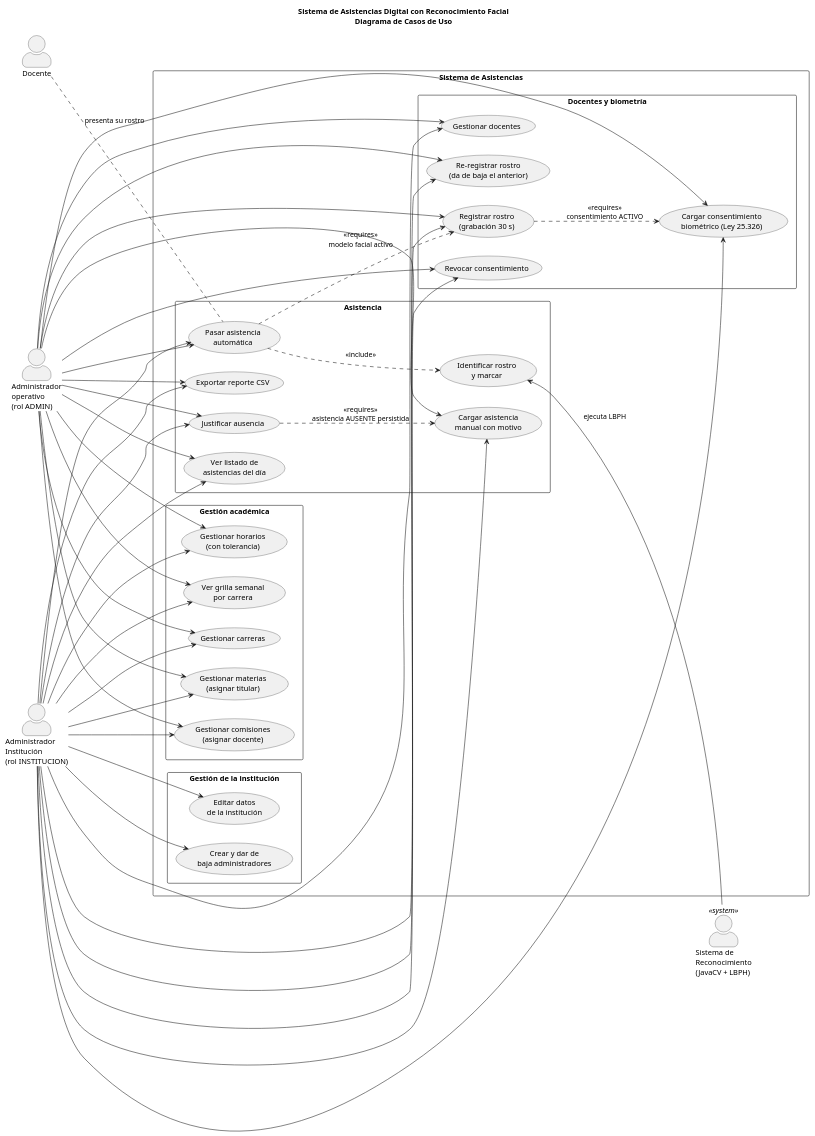
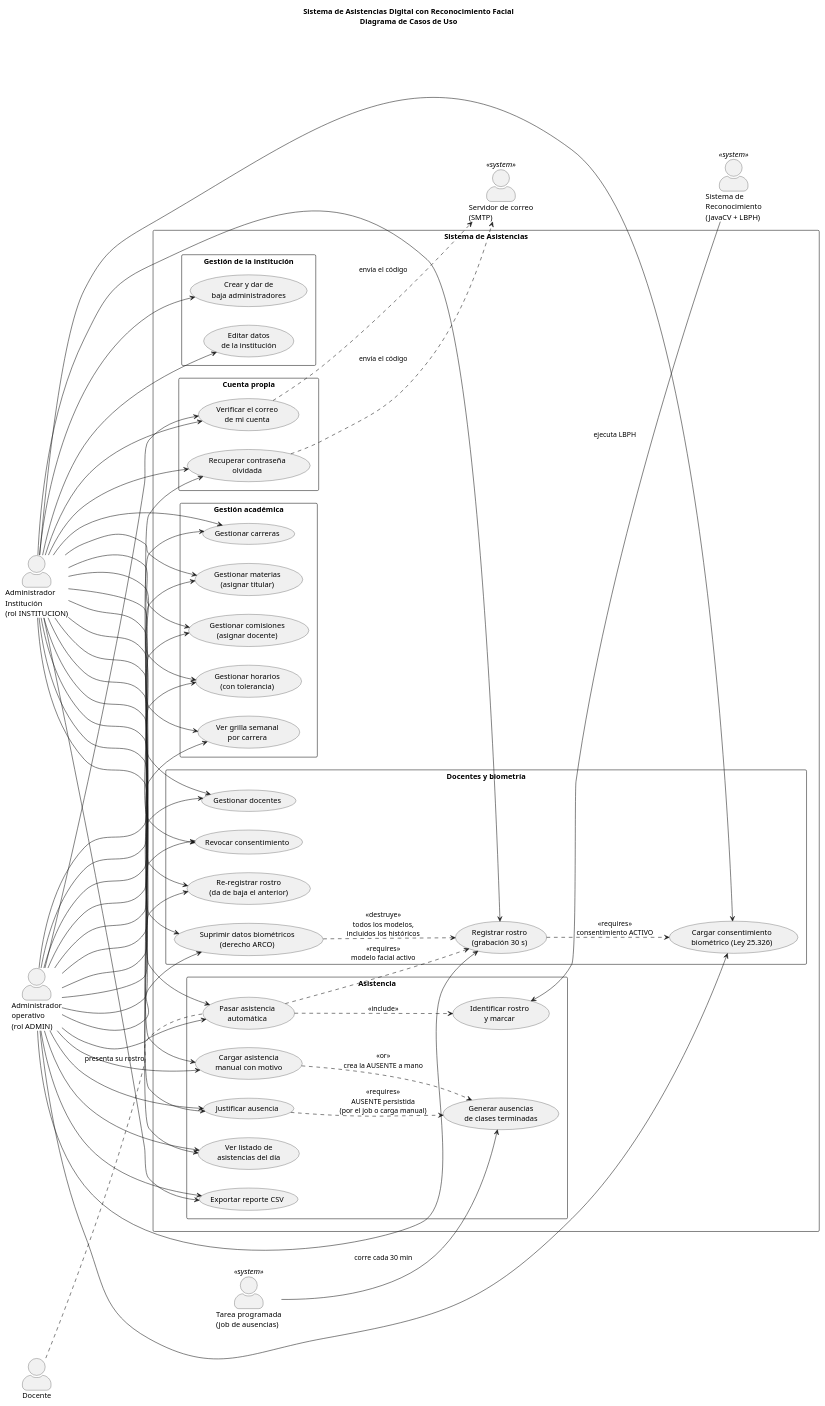
The diagram in docs/5-diagramas/casos-de-uso.puml (fran-q/asistencias-docente), drawn with PlantUML before and after one commit. The commit also changed 9 other files, not shown here.

First line of the commit message:
docs: actualizar diagramas, changelog, manual y requerimientos

```diff
--- a/docs/5-diagramas/casos-de-uso.puml
+++ b/docs/5-diagramas/casos-de-uso.puml
@@ -1,96 +1,120 @@
 @startuml casos-de-uso
 title Sistema de Asistencias Digital con Reconocimiento Facial\nDiagrama de Casos de Uso
 
 skinparam actorStyle awesome
 skinparam usecaseBackgroundColor #f0f0f0
 skinparam packageStyle rectangle
 left to right direction
 
 actor "Administrador\nInstitución\n(rol INSTITUCION)" as Insti
 actor "Administrador\noperativo\n(rol ADMIN)" as Admin
 actor Docente
 actor "Sistema de\nReconocimiento\n(JavaCV + LBPH)" as Sys <<system>>
+actor "Tarea programada\n(job de ausencias)" as Job <<system>>
+actor "Servidor de correo\n(SMTP)" as Smtp <<system>>
 
 rectangle "Sistema de Asistencias" {
 
   package "Gestión de la institución" {
     usecase "Editar datos\nde la institución" as UC_INST
     usecase "Crear y dar de\nbaja administradores" as UC_USR
+  }
+
+  package "Cuenta propia" {
+    usecase "Verificar el correo\nde mi cuenta" as UC_VER
+    usecase "Recuperar contraseña\nolvidada" as UC_REC
   }
 
   package "Gestión académica" {
     usecase "Gestionar carreras" as UC_CAR
     usecase "Gestionar materias\n(asignar titular)" as UC_MAT
     usecase "Gestionar comisiones\n(asignar docente)" as UC_COM
     usecase "Gestionar horarios\n(con tolerancia)" as UC_HOR
     usecase "Ver grilla semanal\npor carrera" as UC_GRI
   }
 
   package "Docentes y biometría" {
     usecase "Gestionar docentes" as UC_DOC
     usecase "Cargar consentimiento\nbiométrico (Ley 25.326)" as UC_CON
     usecase "Revocar consentimiento" as UC_REV
     usecase "Registrar rostro\n(grabación 30 s)" as UC_REG
     usecase "Re-registrar rostro\n(da de baja el anterior)" as UC_RER
+    usecase "Suprimir datos biométricos\n(derecho ARCO)" as UC_ARCO
   }
 
   package "Asistencia" {
     usecase "Pasar asistencia\nautomática" as UC_PASE
     usecase "Identificar rostro\ny marcar" as UC_IDEN
     usecase "Cargar asistencia\nmanual con motivo" as UC_MAN
+    usecase "Generar ausencias\nde clases terminadas" as UC_AUS
     usecase "Justificar ausencia" as UC_JUS
     usecase "Ver listado de\nasistencias del día" as UC_LIST
     usecase "Exportar reporte CSV" as UC_REP
   }
 }
 
 ' === Permisos por rol ===
 Insti --> UC_INST
 Insti --> UC_USR
 
 Insti --> UC_CAR
 Admin --> UC_CAR
 Insti --> UC_MAT
 Admin --> UC_MAT
 Insti --> UC_COM
 Admin --> UC_COM
 Insti --> UC_HOR
 Admin --> UC_HOR
 Insti --> UC_GRI
 Admin --> UC_GRI
 
 Insti --> UC_DOC
 Admin --> UC_DOC
 Insti --> UC_CON
 Admin --> UC_CON
 Insti --> UC_REV
 Admin --> UC_REV
 Insti --> UC_REG
 Admin --> UC_REG
 Insti --> UC_RER
 Admin --> UC_RER
+Insti --> UC_ARCO
+Admin --> UC_ARCO
 
 Insti --> UC_PASE
 Admin --> UC_PASE
 Insti --> UC_MAN
 Admin --> UC_MAN
 Insti --> UC_JUS
 Admin --> UC_JUS
 Insti --> UC_LIST
 Admin --> UC_LIST
 Insti --> UC_REP
 Admin --> UC_REP
 
+' Cualquier cuenta puede verificar su correo; recuperar no requiere sesion.
+Insti --> UC_VER
+Admin --> UC_VER
+Insti --> UC_REC
+Admin --> UC_REC
+
 ' === Docente: sujeto pasivo (no se loguea, solo se le toma asistencia) ===
 Docente .. UC_PASE : presenta su rostro
+
+' === Procesos automáticos ===
+Job --> UC_AUS : corre cada 30 min
+UC_VER ..> Smtp : envía el código
+UC_REC ..> Smtp : envía el código
 
 ' === Sistema interno ===
 UC_PASE ..> UC_IDEN : <<include>>
 UC_IDEN <-- Sys : ejecuta LBPH
 
 ' === Dependencias funcionales (extend / include) ===
 UC_REG ..> UC_CON : <<requires>>\nconsentimiento ACTIVO
 UC_PASE ..> UC_REG : <<requires>>\nmodelo facial activo
-UC_JUS  ..> UC_MAN : <<requires>>\nasistencia AUSENTE persistida
+UC_ARCO ..> UC_REG : <<destruye>>\ntodos los modelos,\nincluidos los históricos
+UC_JUS  ..> UC_AUS : <<requires>>\nAUSENTE persistida\n(por el job o carga manual)
+UC_MAN  ..> UC_AUS : <<or>>\ncrea la AUSENTE a mano
 
 @enduml
```
